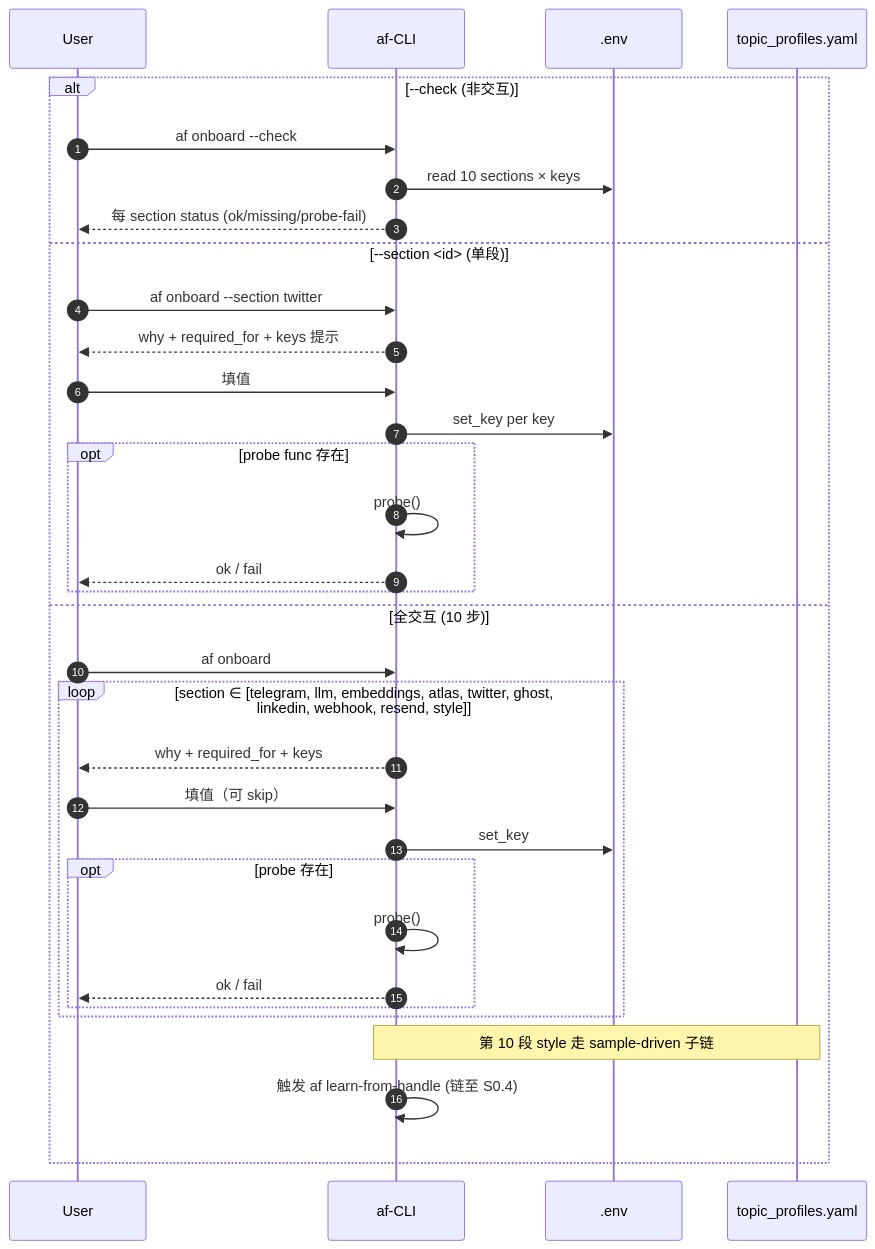
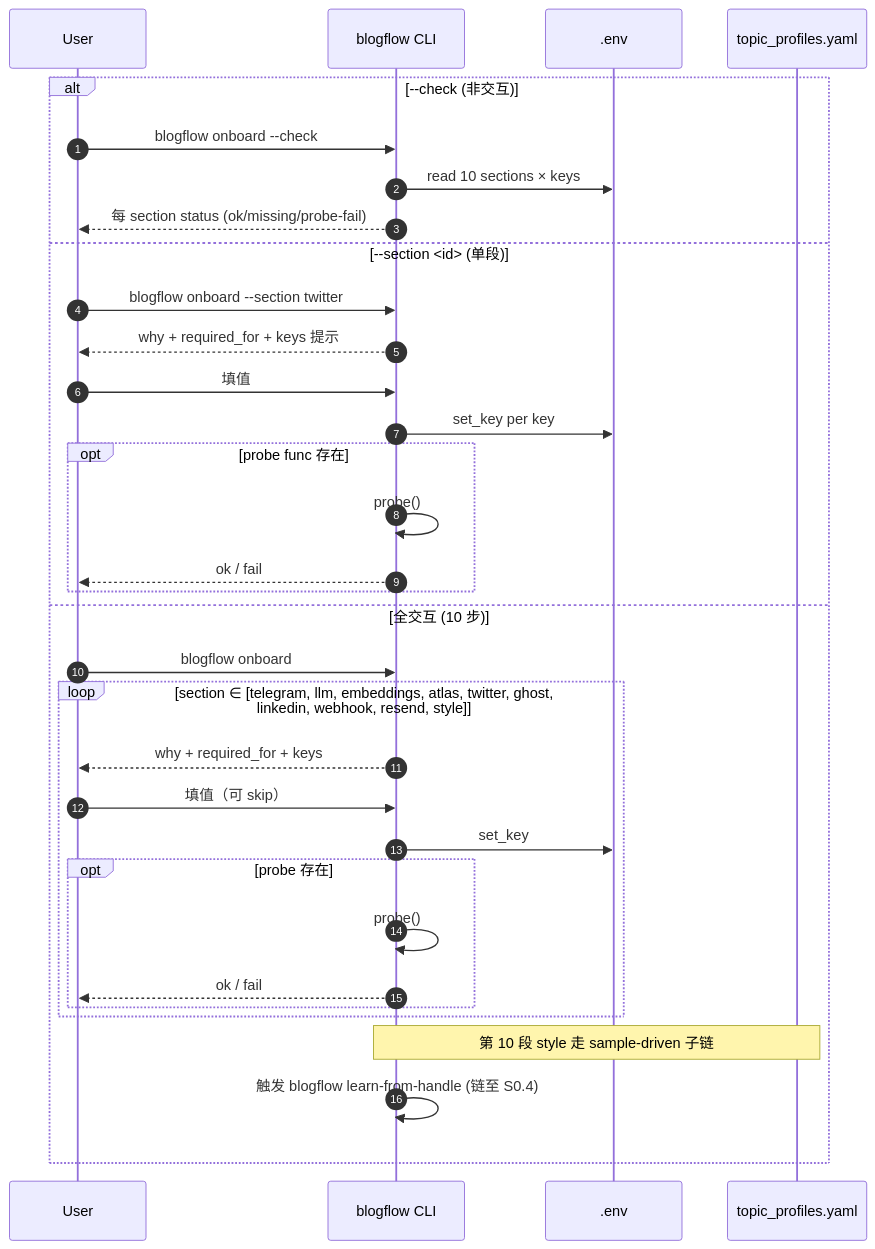
The second of 23 diagrams in docs/flows/USER_SCENARIOS.md (witness1993x/agentflow-article-publishing), drawn with Mermaid before and after one commit. The commit also changed other lines of this file and 72 other files, not shown here.

````diff
--- a/docs/flows/USER_SCENARIOS.md
+++ b/docs/flows/USER_SCENARIOS.md
@@ -54,35 +61,35 @@
 ```mermaid
 sequenceDiagram
     autonumber
     participant User
-    participant CLI as af-CLI
+    participant CLI as blogflow CLI
     participant Env as .env
     participant TP as topic_profiles.yaml
     alt --check (非交互)
-        User->>CLI: af onboard --check
+        User->>CLI: blogflow onboard --check
         CLI->>Env: read 10 sections × keys
         CLI-->>User: 每 section status (ok/missing/probe-fail)
     else --section <id> (单段)
-        User->>CLI: af onboard --section twitter
+        User->>CLI: blogflow onboard --section twitter
         CLI-->>User: why + required_for + keys 提示
         User->>CLI: 填值
         CLI->>Env: set_key per key
         opt probe func 存在
             CLI->>CLI: probe()
             CLI-->>User: ok / fail
         end
     else 全交互 (10 步)
-        User->>CLI: af onboard
+        User->>CLI: blogflow onboard
         loop section ∈ [telegram, llm, embeddings, atlas, twitter, ghost, linkedin, webhook, resend, style]
             CLI-->>User: why + required_for + keys
             User->>CLI: 填值（可 skip）
             CLI->>Env: set_key
             opt probe 存在
                 CLI->>CLI: probe()
                 CLI-->>User: ok / fail
             end
         end
         Note over CLI,TP: 第 10 段 style 走 sample-driven 子链
-        CLI->>CLI: 触发 af learn-from-handle (链至 S0.4)
+        CLI->>CLI: 触发 blogflow learn-from-handle (链至 S0.4)
     end
 ```
````
